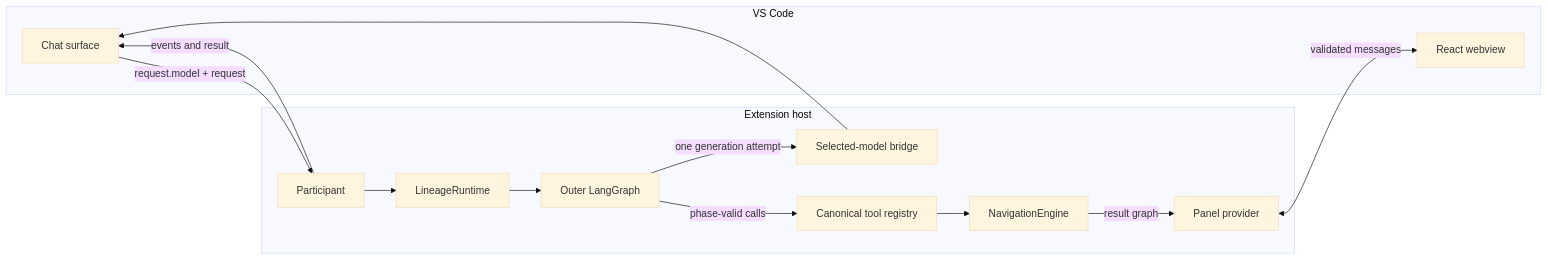
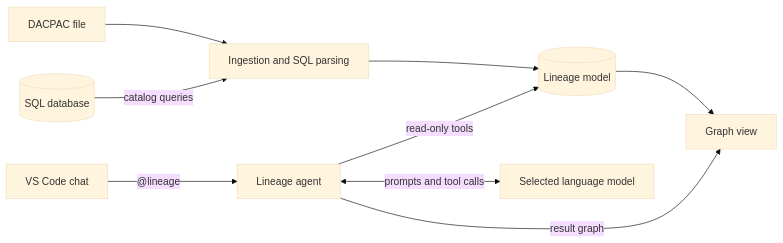
Before and after one commit to ChrisDevRepo/vscode_data_lineage: the first of 2 diagrams in docs/ARCHITECTURE.md, drawn with Mermaid (base theme). The commit also changed other lines of this file and 488 other files, not shown here.

````diff
--- a/docs/ARCHITECTURE.md
+++ b/docs/ARCHITECTURE.md
@@ -96,25 +7,11 @@
 ```mermaid
 flowchart LR
-    subgraph VSC[VS Code]
-        CHAT[Chat surface]
-        WV[React webview]
-    end
-
-    subgraph HOST[Extension host]
-        PART[Participant]
-        RUNTIME[LineageRuntime]
-        GRAPH[Outer LangGraph]
-        MODEL[Selected-model bridge]
-        TOOLS[Canonical tool registry]
-        NAV[NavigationEngine]
-        PANEL[Panel provider]
-    end
-
-    CHAT -->|request.model + request| PART
-    PART -->|events and result| CHAT
-    PART --> RUNTIME --> GRAPH
-    GRAPH -->|one generation attempt| MODEL --> CHAT
-    GRAPH -->|phase-valid calls| TOOLS --> NAV
-    NAV -->|result graph| PANEL
-    PANEL <-->|validated messages| WV
+    DAC[DACPAC file] --> ING[Ingestion and SQL parsing]
+    DB[(SQL database)] -->|catalog queries| ING
+    ING --> MODEL[(Lineage model)]
+    MODEL --> VIEW[Graph view]
+    CHAT[VS Code chat] -->|"@lineage"| AGENT[Lineage agent]
+    AGENT <-->|prompts and tool calls| LLM[Selected language model]
+    AGENT -->|read-only tools| MODEL
+    AGENT -->|result graph| VIEW
 ```
````
